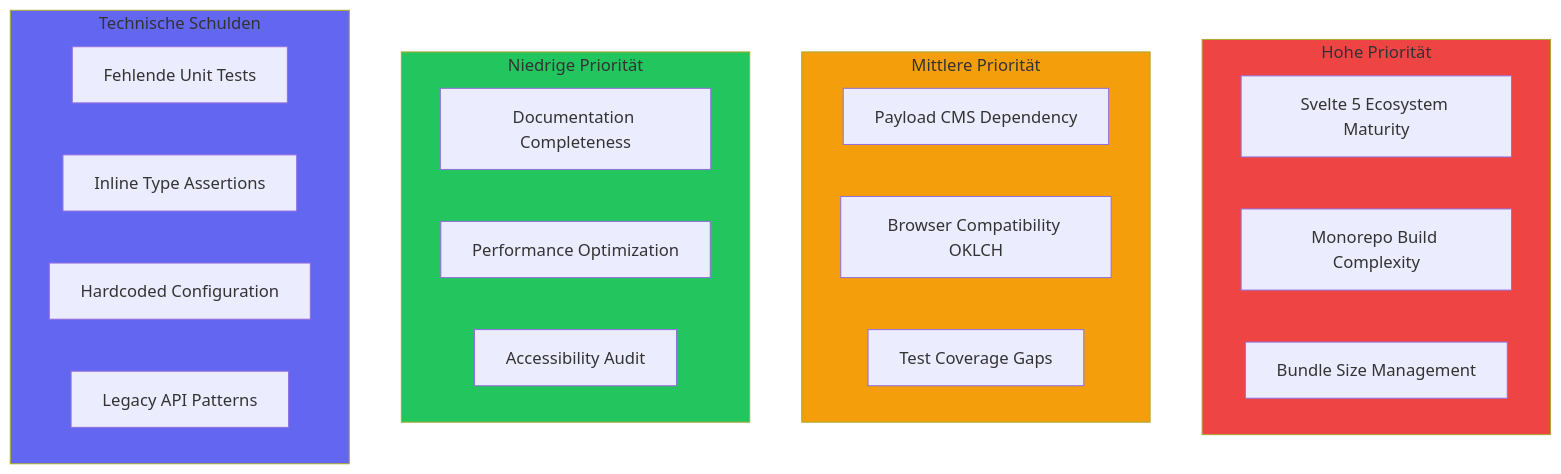
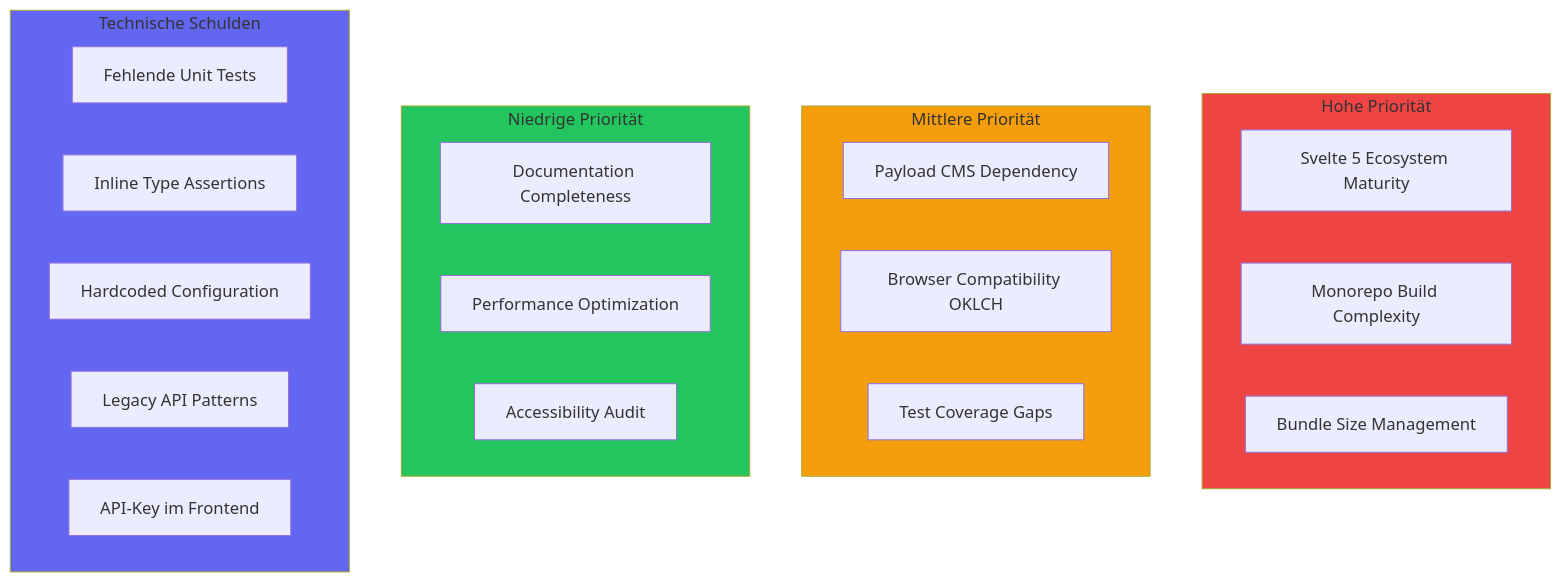
One commit to mainzcript/ujl changed the diagram in apps/docs/src/arc42/11-risks-and-technical-debt.md. Above: the diagram before and after it, drawn with Mermaid. The commit also changed other lines of this file and 6 other files, not shown here.

````diff
--- a/apps/docs/src/arc42/11-risks-and-technical-debt.md
+++ b/apps/docs/src/arc42/11-risks-and-technical-debt.md
@@ -12,32 +12,33 @@
 ```mermaid
 graph TB
     subgraph HighRisk["Hohe Priorität"]
         R1["Svelte 5 Ecosystem Maturity"]
         R2["Monorepo Build Complexity"]
         R3["Bundle Size Management"]
     end
 
     subgraph MediumRisk["Mittlere Priorität"]
         R4["Payload CMS Dependency"]
         R5["Browser Compatibility OKLCH"]
         R6["Test Coverage Gaps"]
     end
 
     subgraph LowRisk["Niedrige Priorität"]
         R7["Documentation Completeness"]
         R8["Performance Optimization"]
         R9["Accessibility Audit"]
     end
 
     subgraph TechDebt["Technische Schulden"]
         TD1["Fehlende Unit Tests"]
         TD2["Inline Type Assertions"]
         TD3["Hardcoded Configuration"]
         TD4["Legacy API Patterns"]
+        TD5["API-Key im Frontend"]
     end
 
     style HighRisk fill:#ef4444
     style MediumRisk fill:#f59e0b
     style LowRisk fill:#22c55e
     style TechDebt fill:#6366f1
 ```
````
